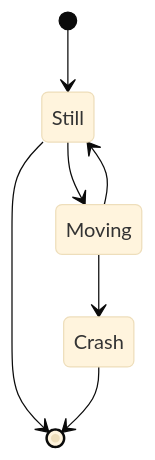
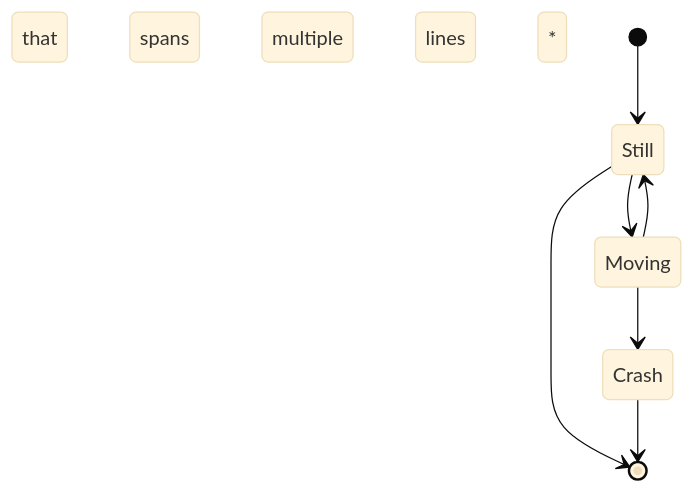
Diagram 17 of 20 in docs/syntax/stateDiagram.md (mermaid-js/mermaid), drawn with Mermaid (base theme) before and after one commit. The commit also changed other lines of this file and 13 other files, not shown here.

````diff
--- a/docs/syntax/stateDiagram.md
+++ b/docs/syntax/stateDiagram.md
@@ -455,10 +459,13 @@
 ```mermaid
 stateDiagram-v2
+    %%* This is a block comment
+    that spans multiple lines
+    *%%
     [*] --> Still
     Still --> [*]
-%% this is a comment
+    %% this is a single-line comment
     Still --> Moving
-    Moving --> Still %% another comment
+    Moving --> Still
     Moving --> Crash
     Crash --> [*]
 ```
````
